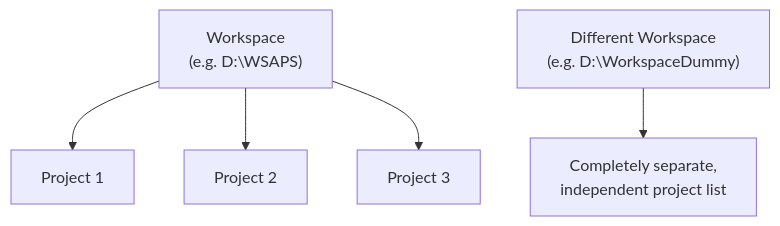
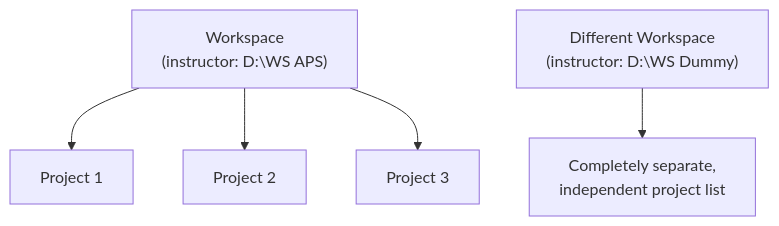
Before and after one commit to developerashok99/green-c-mule-notes: the fourth of 6 diagrams in detailed-notes/day09.md, drawn with Mermaid. The commit also changed other lines of this file and 16 other files, not shown here.

````diff
--- a/detailed-notes/day09.md
+++ b/detailed-notes/day09.md
@@ -82,8 +94,8 @@
 ```mermaid
 flowchart TB
-    WS["Workspace<br/>(e.g. D:\WSAPS)"] --> P1[Project 1]
+    WS["Workspace<br/>(instructor: D:\WS APS)"] --> P1[Project 1]
     WS --> P2[Project 2]
     WS --> P3[Project 3]
 
-    WS2["Different Workspace<br/>(e.g. D:\WorkspaceDummy)"] --> Empty["Completely separate,<br/>independent project list"]
+    WS2["Different Workspace<br/>(instructor: D:\WS Dummy)"] --> Empty["Completely separate,<br/>independent project list"]
 ```
````
